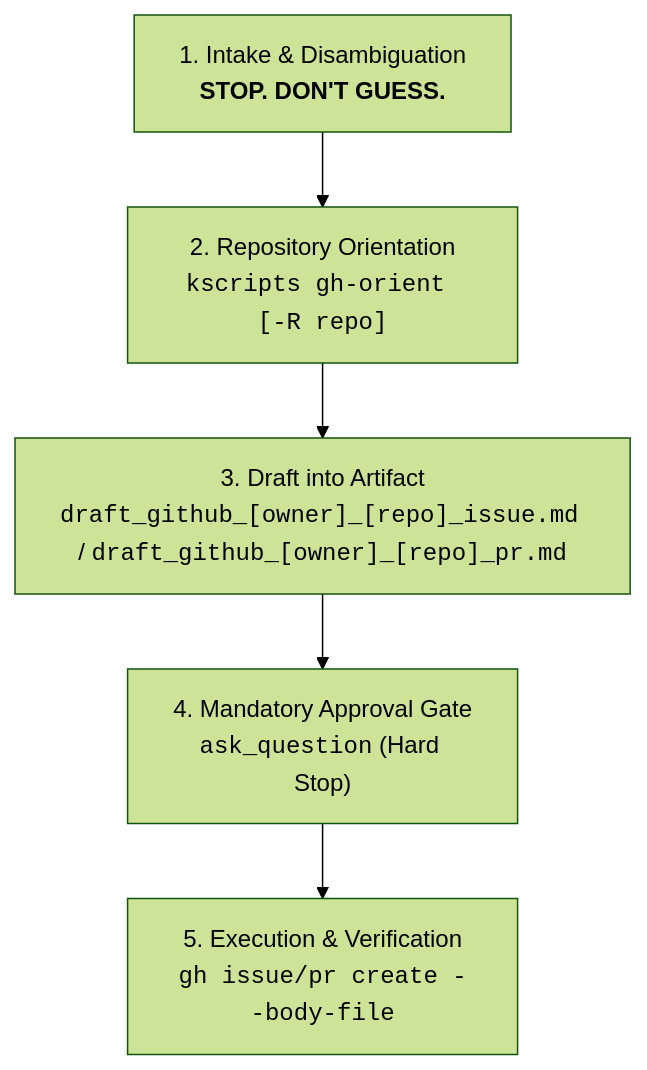
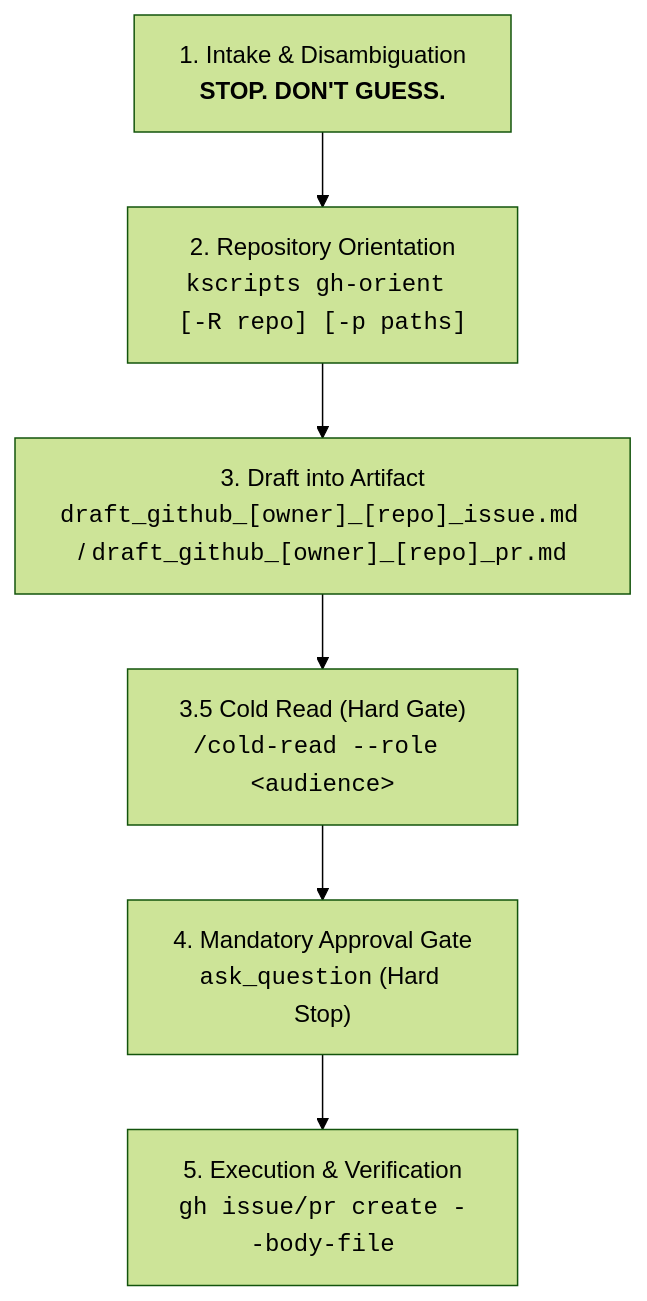
The diagram in .agents/skills/gh-post/SKILL.md (kevmoo/personal_dotfiles), drawn with Mermaid (forest theme) before and after one commit. The commit also changed other lines of this file and 2 other files, not shown here.

````diff
--- a/.agents/skills/gh-post/SKILL.md
+++ b/.agents/skills/gh-post/SKILL.md
@@ -43,7 +43,8 @@
 ```mermaid
 graph TD
-    A["1. Intake & Disambiguation<br><b>STOP. DON'T GUESS.</b>"] --> B["2. Repository Orientation<br><code>kscripts gh-orient [-R repo]</code>"]
+    A["1. Intake & Disambiguation<br><b>STOP. DON'T GUESS.</b>"] --> B["2. Repository Orientation<br><code>kscripts gh-orient [-R repo] [-p paths]</code>"]
     B --> C["3. Draft into Artifact<br><code>draft_github_[owner]_[repo]_issue.md</code> / <code>draft_github_[owner]_[repo]_pr.md</code>"]
-    C --> D["4. Mandatory Approval Gate<br><code>ask_question</code> (Hard Stop)"]
+    C --> C2["3.5 Cold Read (Hard Gate)<br><code>/cold-read --role &lt;audience&gt;</code>"]
+    C2 --> D["4. Mandatory Approval Gate<br><code>ask_question</code> (Hard Stop)"]
     D --> E["5. Execution & Verification<br><code>gh issue/pr create --body-file</code>"]
 ```
````
